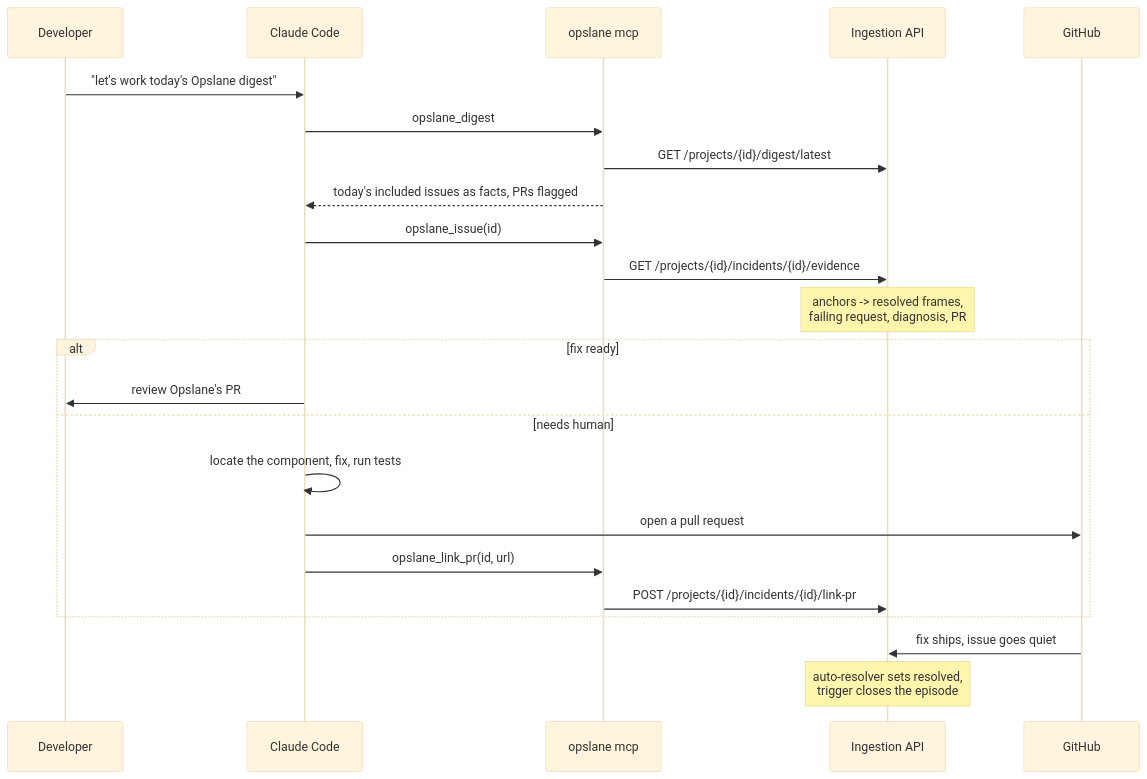
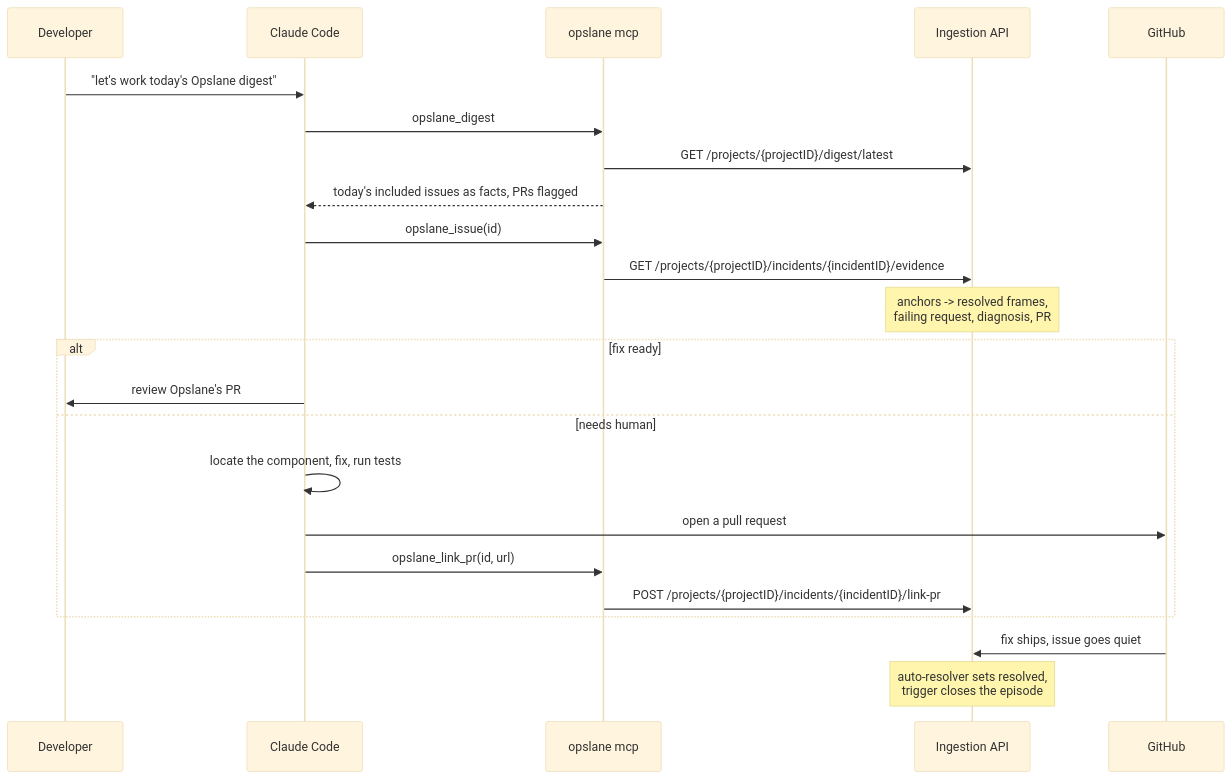
Before and after one commit to opslane/opslane: the diagram in docs/design/2026-08-21-opslane-mcp-surface-v2.md, drawn with Mermaid (base theme). The commit also changed other lines of this file, not shown here.

Commit message:
docs(design): iter 2 — reconcile with shipped tools, delete opslane_resolve, fix citations and duplicate-project hole

````diff
--- a/docs/design/2026-08-21-opslane-mcp-surface-v2.md
+++ b/docs/design/2026-08-21-opslane-mcp-surface-v2.md
@@ -97,26 +106,26 @@
 ```mermaid
 sequenceDiagram
     participant D as Developer
     participant CC as Claude Code
     participant M as opslane mcp
     participant I as Ingestion API
     participant G as GitHub
 
     D->>CC: "let's work today's Opslane digest"
     CC->>M: opslane_digest
-    M->>I: GET /projects/{id}/digest/latest
+    M->>I: GET /projects/{projectID}/digest/latest
     M-->>CC: today's included issues as facts, PRs flagged
     CC->>M: opslane_issue(id)
-    M->>I: GET /projects/{id}/incidents/{id}/evidence
+    M->>I: GET /projects/{projectID}/incidents/{incidentID}/evidence
     Note over I: anchors -> resolved frames,<br/>failing request, diagnosis, PR
     alt fix ready
         CC->>D: review Opslane's PR
     else needs human
         CC->>CC: locate the component, fix, run tests
         CC->>G: open a pull request
         CC->>M: opslane_link_pr(id, url)
-        M->>I: POST /projects/{id}/incidents/{id}/link-pr
+        M->>I: POST /projects/{projectID}/incidents/{incidentID}/link-pr
     end
     G->>I: fix ships, issue goes quiet
     Note over I: auto-resolver sets resolved,<br/>trigger closes the episode
 ```
````
